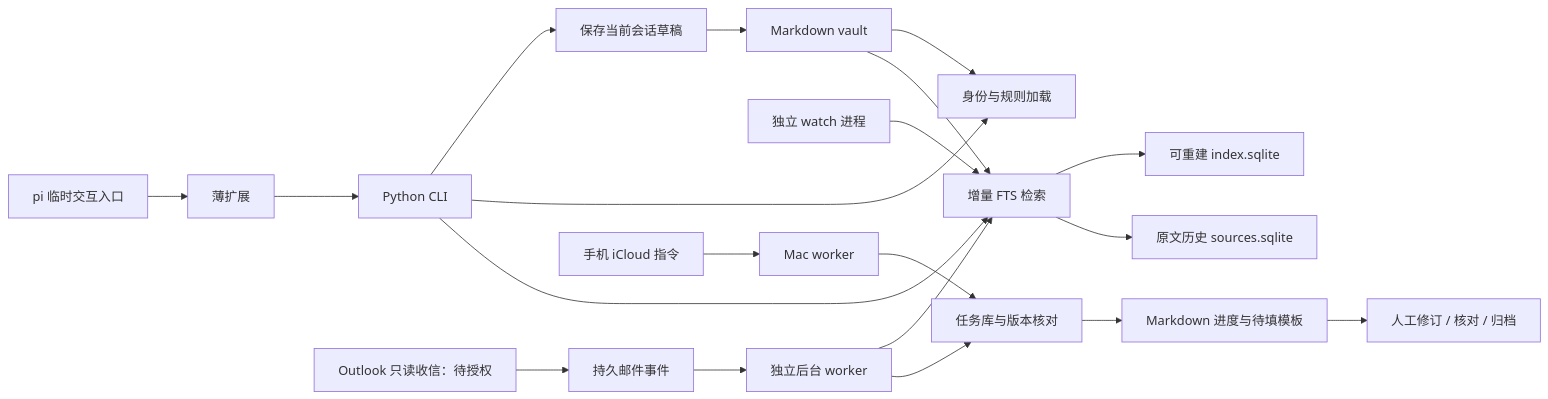
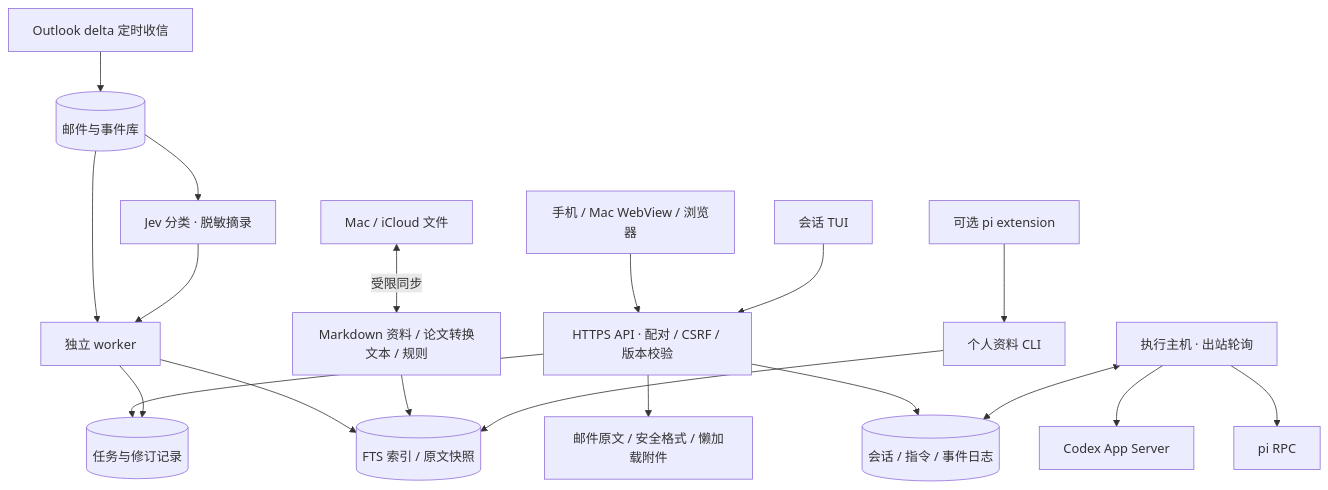
Before and after one commit to Batch777/oneAI: the diagram in docs/ARCHITECTURE.md, drawn with Mermaid. The commit also changed other lines of this file and 3 other files, not shown here.

Commit message:
Document architecture review and controlled self-evolution design

````diff
--- a/docs/ARCHITECTURE.md
+++ b/docs/ARCHITECTURE.md
@@ -5,22 +5,21 @@
 ```mermaid
-flowchart LR
-    PI[pi 临时交互入口] --> EXT[薄扩展]
-    EXT --> CLI[Python CLI]
-    CLI --> IDX[增量 FTS 检索]
-    CLI --> CTX[身份与规则加载]
-    CLI --> SAVE[保存当前会话草稿]
-    MD[Markdown vault] --> IDX
-    MD --> CTX
-    IDX --> SNAP[原文历史 sources.sqlite]
-    IDX --> CACHE[可重建 index.sqlite]
-    SAVE --> MD
-    WATCH[独立 watch 进程] --> IDX
-    MAIL[Outlook 只读收信：待授权] --> EVENTS[持久邮件事件]
-    EVENTS --> WORKER[独立后台 worker]
-    PHONE[手机 iCloud 指令] --> MAC[Mac worker]
-    MAC --> TASKS[任务库与版本核对]
-    WORKER --> TASKS
-    WORKER --> IDX
-    TASKS --> VIEW[Markdown 进度与待填模板]
-    VIEW --> REVIEW[人工修订 / 核对 / 归档]
+flowchart TB
+    CLIENT[手机 / Mac WebView / 浏览器] --> API[HTTPS API · 配对 / CSRF / 版本校验]
+    TUI[会话 TUI] --> API
+    API --> TASK[(任务与修订记录)]
+    API --> MAIL[邮件原文 / 安全格式 / 懒加载附件]
+    OUTLOOK[Outlook delta 定时收信] --> EVENTS[(邮件与事件库)]
+    EVENTS --> WORKER[独立 worker]
+    EVENTS --> JEV[Jev 分类 · 脱敏摘录]
+    JEV --> WORKER
+    WORKER --> TASK
+    WORKER --> INDEX[(FTS 索引 / 原文快照)]
+    VAULT[Markdown 资料 / 论文转换文本 / 规则] --> INDEX
+    MAC[Mac / iCloud 文件] <-->|受限同步| VAULT
+    API --> REG[(会话 / 指令 / 事件日志)]
+    HOST[执行主机 · 出站轮询] <--> REG
+    HOST --> CODEX[Codex App Server]
+    HOST --> PI[pi RPC]
+    EXT[可选 pi extension] --> CLI[个人资料 CLI]
+    CLI --> INDEX
 ```
````
